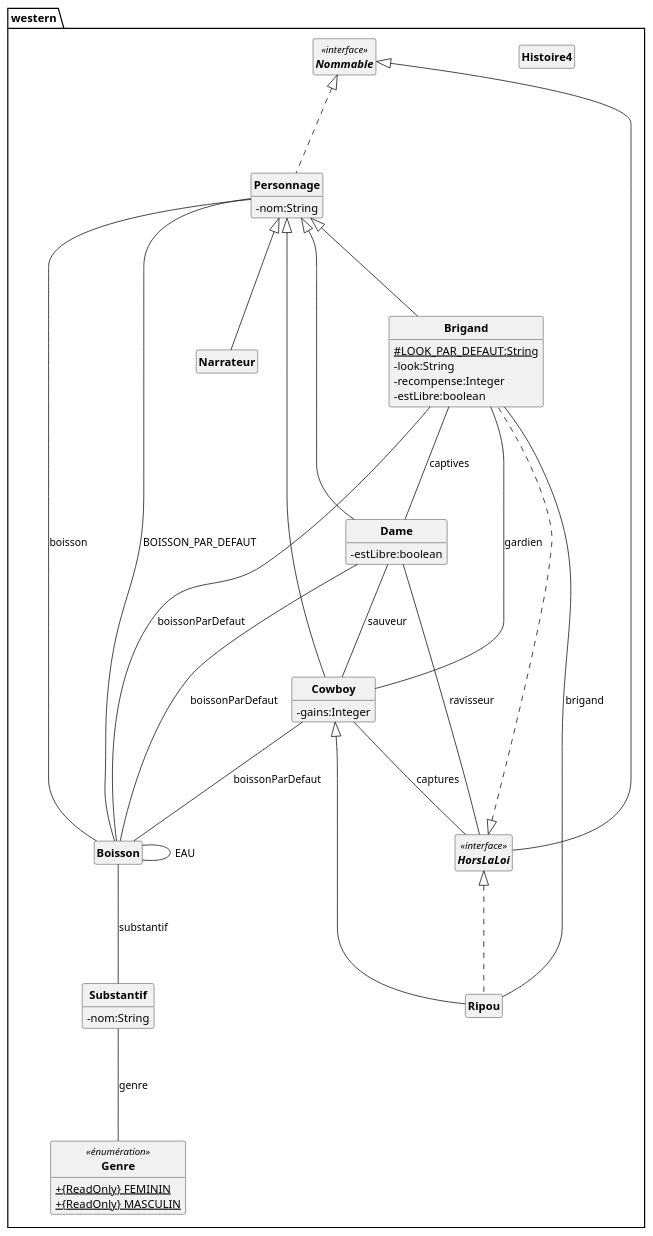
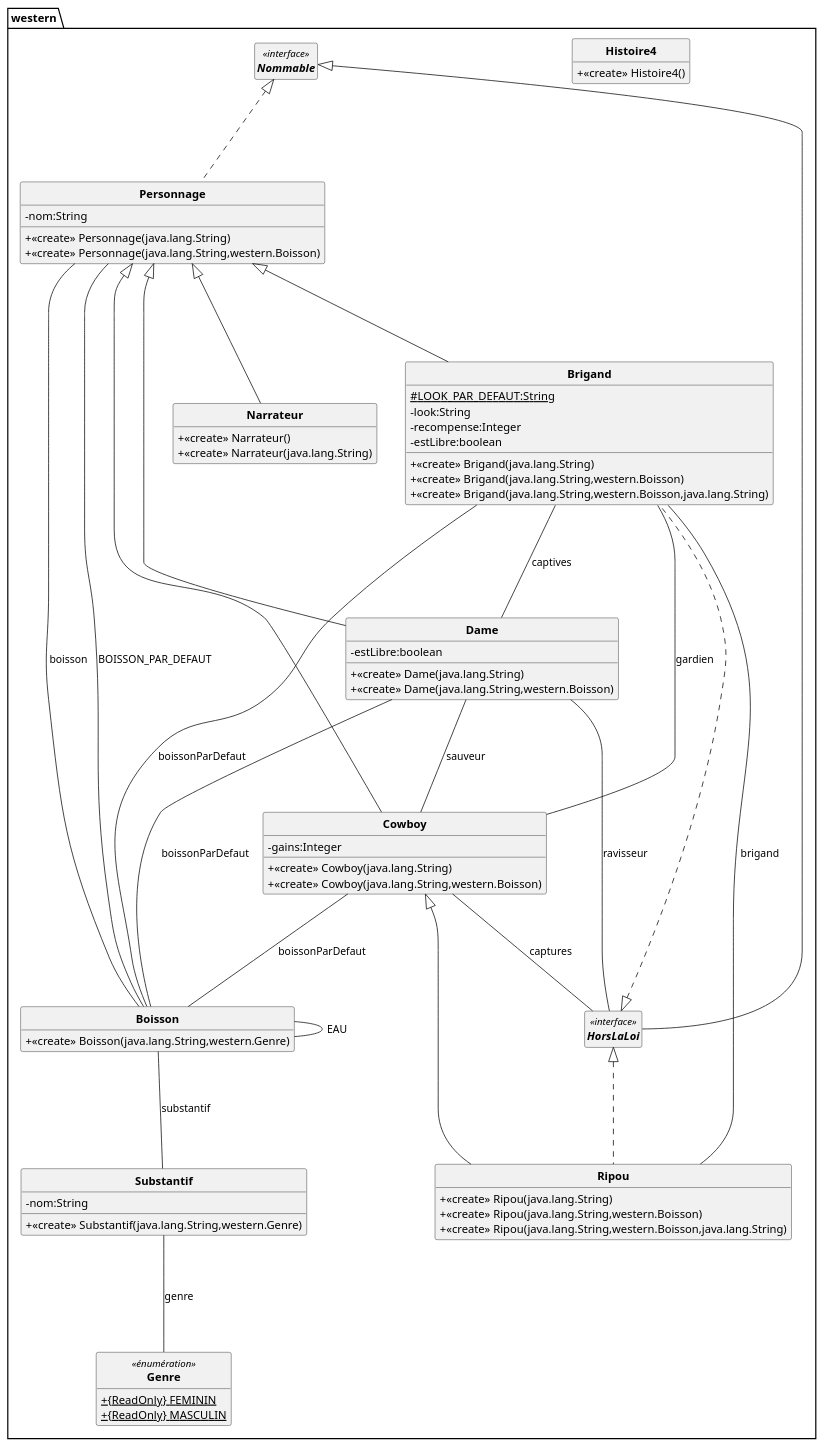
One commit to Spidermatou/GeneratorUMLFromJava changed the diagram in DiagrammeGenere.puml. Above: the diagram before and after it, drawn with PlantUML. The commit also changed 7 other files, not shown here.

```diff
--- a/DiagrammeGenere.puml
+++ b/DiagrammeGenere.puml
@@ -1,114 +1,131 @@
 @startuml
 skinparam classAttributeIconSize 0
 skinparam classFontStyle Bold
 skinparam style strictuml
 hide empty members
 
 package western
 {
+CLASS Brigand
+{
+# {static} LOOK_PAR_DEFAUT:String
+- look:String
+- recompense:Integer 
+- estLibre:boolean 
++  <<create>> Brigand(java.lang.String)
++  <<create>> Brigand(java.lang.String,western.Boisson)
++  <<create>> Brigand(java.lang.String,western.Boisson,java.lang.String)
+
+}
+CLASS Ripou
+{
++  <<create>> Ripou(java.lang.String)
++  <<create>> Ripou(java.lang.String,western.Boisson)
++  <<create>> Ripou(java.lang.String,western.Boisson,java.lang.String)
+
+}
+CLASS Substantif
+{
+- nom:String
++  <<create>> Substantif(java.lang.String,western.Genre)
+
+}
+CLASS Histoire4
+{
++  <<create>> Histoire4()
+
+}
+INTERFACE Nommable<<interface>>
+{
+
+}
+CLASS Dame
+{
+- estLibre:boolean 
++  <<create>> Dame(java.lang.String)
++  <<create>> Dame(java.lang.String,western.Boisson)
+
+}
+CLASS Personnage
+{
+- nom:String
++  <<create>> Personnage(java.lang.String)
++  <<create>> Personnage(java.lang.String,western.Boisson)
+
+}
+CLASS Cowboy
+{
+- gains:Integer 
++  <<create>> Cowboy(java.lang.String)
++  <<create>> Cowboy(java.lang.String,western.Boisson)
+
+}
+INTERFACE HorsLaLoi<<interface>>
+{
+
+}
 ENUM Genre<<énumération>>
 {
 + {static} {ReadOnly} FEMININ
 + {static} {ReadOnly} MASCULIN
 
 }
-CLASS Histoire4
-{
-
-}
-CLASS Personnage
-{
-- nom:String
-
-}
 CLASS Boisson
 {
-
-}
-CLASS Brigand
-{
-# {static} LOOK_PAR_DEFAUT:String
-- look:String
-- recompense:Integer 
-- estLibre:boolean 
++  <<create>> Boisson(java.lang.String,western.Genre)
 
 }
 CLASS Narrateur
 {
-
-}
-INTERFACE HorsLaLoi<<interface>>
-{
-
-}
-CLASS Dame
-{
-- estLibre:boolean 
-
-}
-CLASS Substantif
-{
-- nom:String
-
-}
-CLASS Ripou
-{
-
-}
-INTERFACE Nommable<<interface>>
-{
-
-}
-CLASS Cowboy
-{
-- gains:Integer 
++  <<create>> Narrateur()
++  <<create>> Narrateur(java.lang.String)
 
 }
 
+HorsLaLoi <|... Brigand
+
+HorsLaLoi <|... Ripou
+
 Nommable <|... Personnage
-
-HorsLaLoi <|... Brigand
 
 Nommable <|-- HorsLaLoi
 
-HorsLaLoi <|... Ripou
-
 Personnage <|--- Brigand
 
-Personnage <|--- Narrateur
+Cowboy <|--- Ripou
 
 Personnage <|--- Dame
 
-Cowboy <|--- Ripou
-
 Personnage <|--- Cowboy
 
-Personnage --- Boisson : BOISSON_PAR_DEFAUT
-
-Personnage --- Boisson : boisson
-
-Boisson --- Substantif : substantif
-
-Boisson --- Boisson : EAU
+Personnage <|--- Narrateur
 
 Brigand --- Dame : captives
 
 Brigand --- Cowboy : gardien
 
 Brigand --- Boisson : boissonParDefaut
 
+Ripou --- Brigand : brigand
+
+Substantif --- Genre : genre
+
 Dame --- Cowboy : sauveur
 
 Dame --- HorsLaLoi : ravisseur
 
 Dame --- Boisson : boissonParDefaut
 
-Substantif --- Genre : genre
+Personnage --- Boisson : BOISSON_PAR_DEFAUT
 
-Ripou --- Brigand : brigand
+Personnage --- Boisson : boisson
 
 Cowboy --- HorsLaLoi : captures
 
 Cowboy --- Boisson : boissonParDefaut
+
+Boisson --- Substantif : substantif
+
+Boisson --- Boisson : EAU
 }
 @enduml
```
